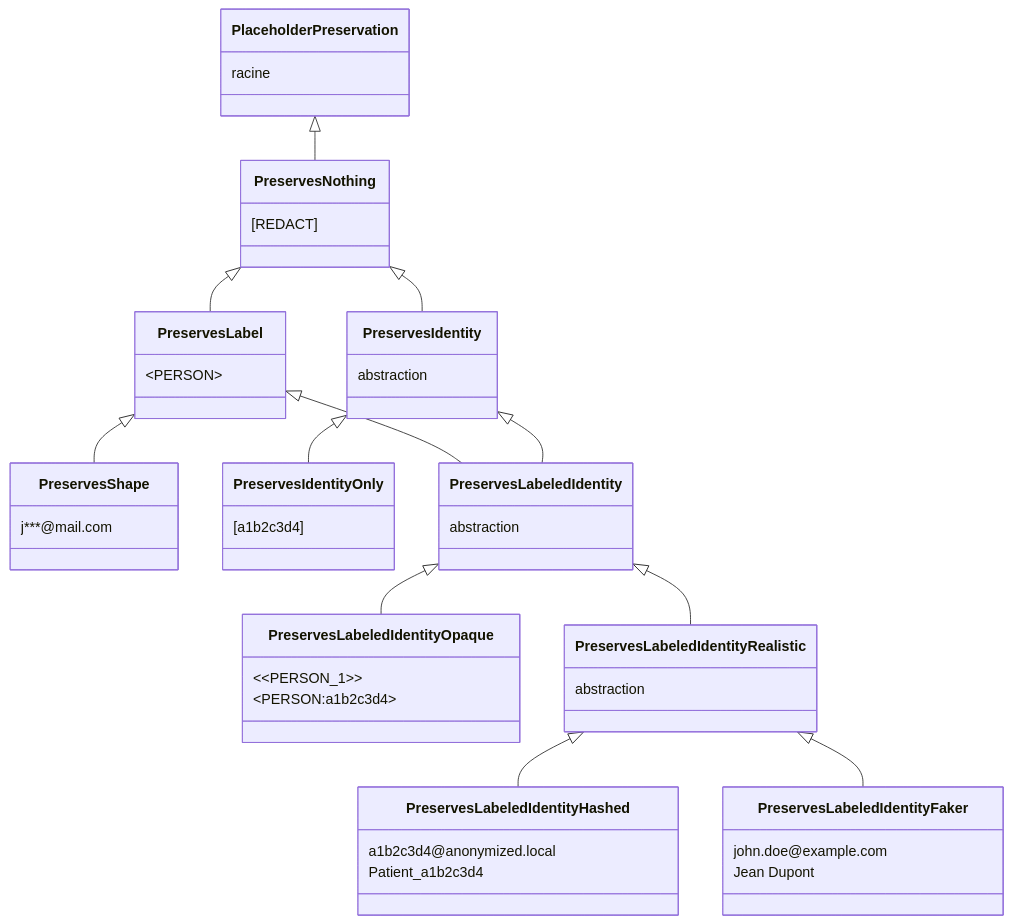
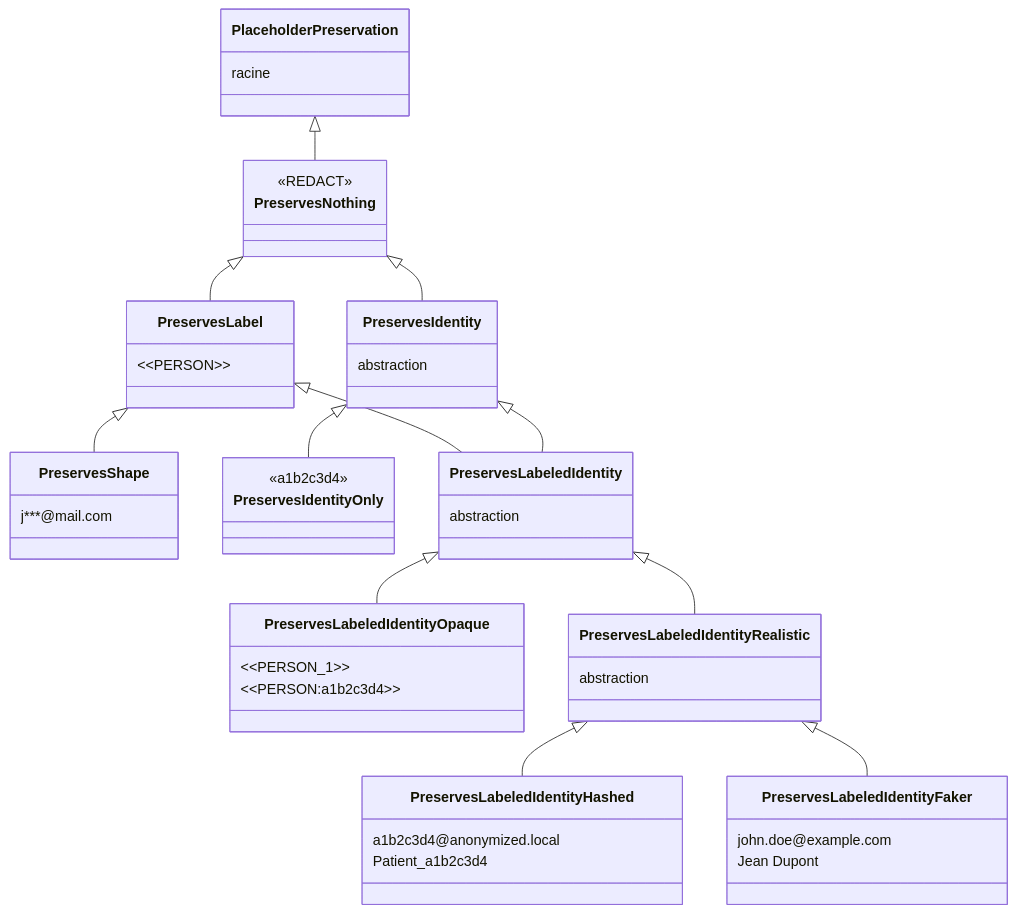
The diagram in docs/fr/placeholder-factories.md (jamon8888/hacienda-ghost), drawn with Mermaid before and after one commit. The commit also changed other lines of this file and 10 other files, not shown here.

````diff
--- a/docs/fr/placeholder-factories.md
+++ b/docs/fr/placeholder-factories.md
@@ -146,51 +146,51 @@
 ```mermaid
 classDiagram
     class PlaceholderPreservation {
         racine
     }
     class PreservesNothing {
-        [REDACT]
+        <<REDACT>>
     }
     class PreservesLabel {
-        &lt;PERSON&gt;
+        &lt;&lt;PERSON&gt;&gt;
     }
     class PreservesShape {
         j***@mail.com
     }
     class PreservesIdentity {
         abstraction
     }
     class PreservesIdentityOnly {
-        [a1b2c3d4]
+        <<a1b2c3d4>>
     }
     class PreservesLabeledIdentity {
         abstraction
     }
     class PreservesLabeledIdentityOpaque {
         &lt;&lt;PERSON_1&gt;&gt;
-        &lt;PERSON:a1b2c3d4&gt;
+        &lt;&lt;PERSON:a1b2c3d4&gt;&gt;
     }
     class PreservesLabeledIdentityRealistic {
         abstraction
     }
     class PreservesLabeledIdentityHashed {
         a1b2c3d4@anonymized.local
         Patient_a1b2c3d4
     }
     class PreservesLabeledIdentityFaker {
         john.doe@example.com
         Jean Dupont
     }
 
     PlaceholderPreservation <|-- PreservesNothing
     PreservesNothing <|-- PreservesLabel
     PreservesNothing <|-- PreservesIdentity
     PreservesLabel <|-- PreservesShape
     PreservesIdentity <|-- PreservesIdentityOnly
     PreservesLabel <|-- PreservesLabeledIdentity
     PreservesIdentity <|-- PreservesLabeledIdentity
     PreservesLabeledIdentity <|-- PreservesLabeledIdentityOpaque
     PreservesLabeledIdentity <|-- PreservesLabeledIdentityRealistic
     PreservesLabeledIdentityRealistic <|-- PreservesLabeledIdentityHashed
     PreservesLabeledIdentityRealistic <|-- PreservesLabeledIdentityFaker
 ```
````
